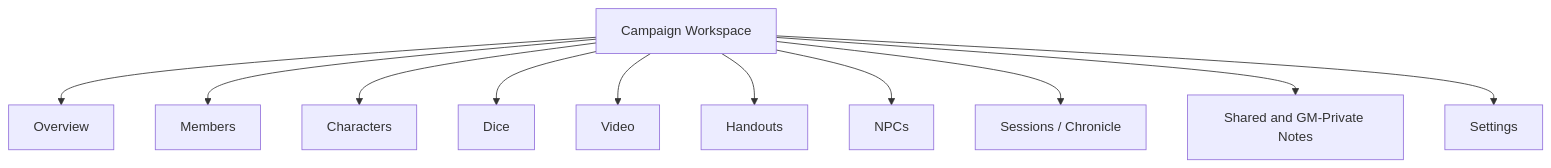
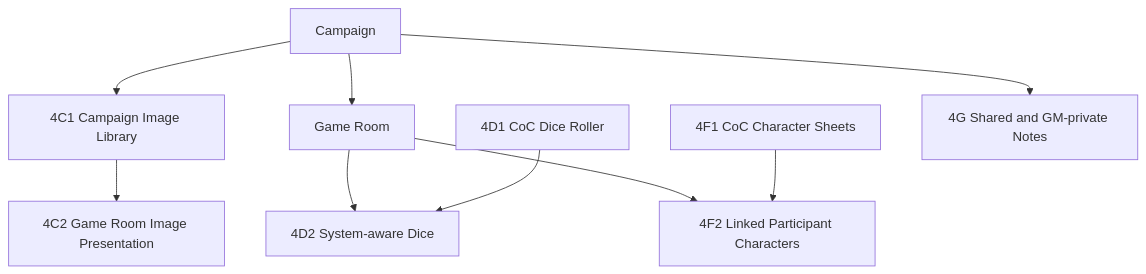
Before and after one commit to Andrey-0101/ttrpg-website: the second of 2 diagrams in docs/product/SITE_MAP.md, drawn with Mermaid. The commit also changed other lines of this file and 21 other files, not shown here.

Commit message:
docs: align roadmap with core play phases (#38)

````diff
--- a/docs/product/SITE_MAP.md
+++ b/docs/product/SITE_MAP.md
@@ -158,15 +31,11 @@
 ```mermaid
 flowchart TD
-    CAMPAIGN["Campaign Workspace"]
-
-    CAMPAIGN --> OVERVIEW["Overview"]
-    CAMPAIGN --> MEMBERS["Members"]
-    CAMPAIGN --> CHARACTERS["Characters"]
-    CAMPAIGN --> DICE["Dice"]
-    CAMPAIGN --> VIDEO["Video"]
-    CAMPAIGN --> HANDOUTS["Handouts"]
-    CAMPAIGN --> NPCS["NPCs"]
-    CAMPAIGN --> SESSIONS["Sessions / Chronicle"]
-    CAMPAIGN --> NOTES["Shared and GM-Private Notes"]
-    CAMPAIGN --> SETTINGS["Settings"]
+    CAMPAIGN["Campaign"] --> IMAGES["4C1 Campaign Image Library"]
+    IMAGES --> DISPLAY["4C2 Game Room Image Presentation"]
+    CAMPAIGN --> GAME_ROOM["Game Room"]
+    GAME_ROOM --> SYSTEM_DICE["4D2 System-aware Dice"]
+    COC_DICE["4D1 CoC Dice Roller"] --> SYSTEM_DICE
+    GAME_ROOM --> LINKED_CHARACTERS["4F2 Linked Participant Characters"]
+    COC_CHARACTERS["4F1 CoC Character Sheets"] --> LINKED_CHARACTERS
+    CAMPAIGN --> NOTES["4G Shared and GM-private Notes"]
 ```
````
